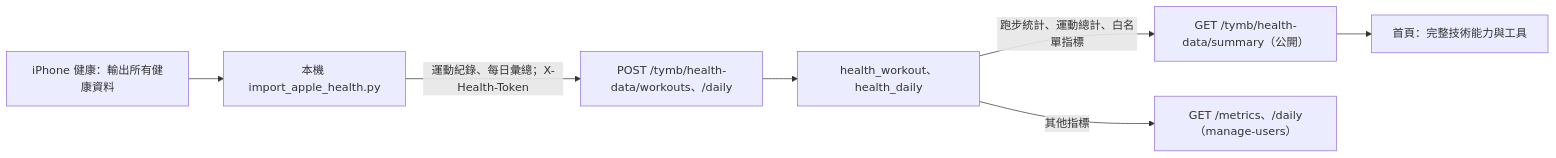
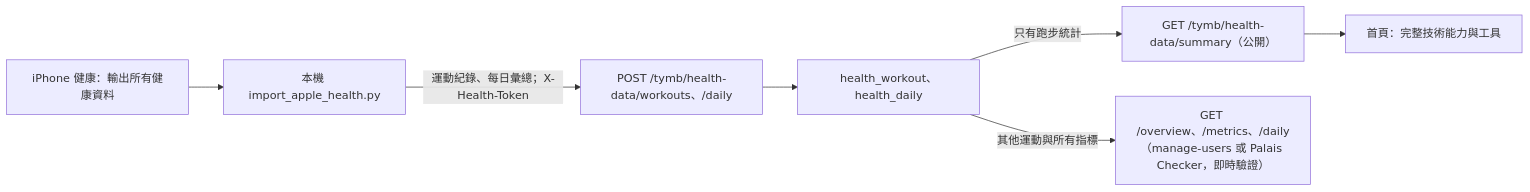
Before and after one commit to Vinskao/ty-multiverse-backend: the diagram in docs/HEALTH_DATA.md, drawn with Mermaid. The commit also changed other lines of this file and 7 other files, not shown here.

Commit message:
Keep only running statistics public; other health data for Palais access

````diff
--- a/docs/HEALTH_DATA.md
+++ b/docs/HEALTH_DATA.md
@@ -7,9 +7,9 @@
 ```mermaid
 flowchart LR
     P["iPhone 健康：輸出所有健康資料"] --> S["本機 import_apple_health.py"]
     S -->|"運動紀錄、每日彙總；X-Health-Token"| B["POST /tymb/health-data/workouts、/daily"]
     B --> D["health_workout、health_daily"]
-    D -->|"跑步統計、運動總計、白名單指標"| G["GET /tymb/health-data/summary（公開）"]
-    D -->|"其他指標"| O["GET /metrics、/daily（manage-users）"]
+    D -->|"只有跑步統計"| G["GET /tymb/health-data/summary（公開）"]
+    D -->|"其他運動與所有指標"| O["GET /overview、/metrics、/daily（manage-users 或 Palais Checker，即時驗證）"]
     G --> F["首頁：完整技術能力與工具"]
 ```
````
